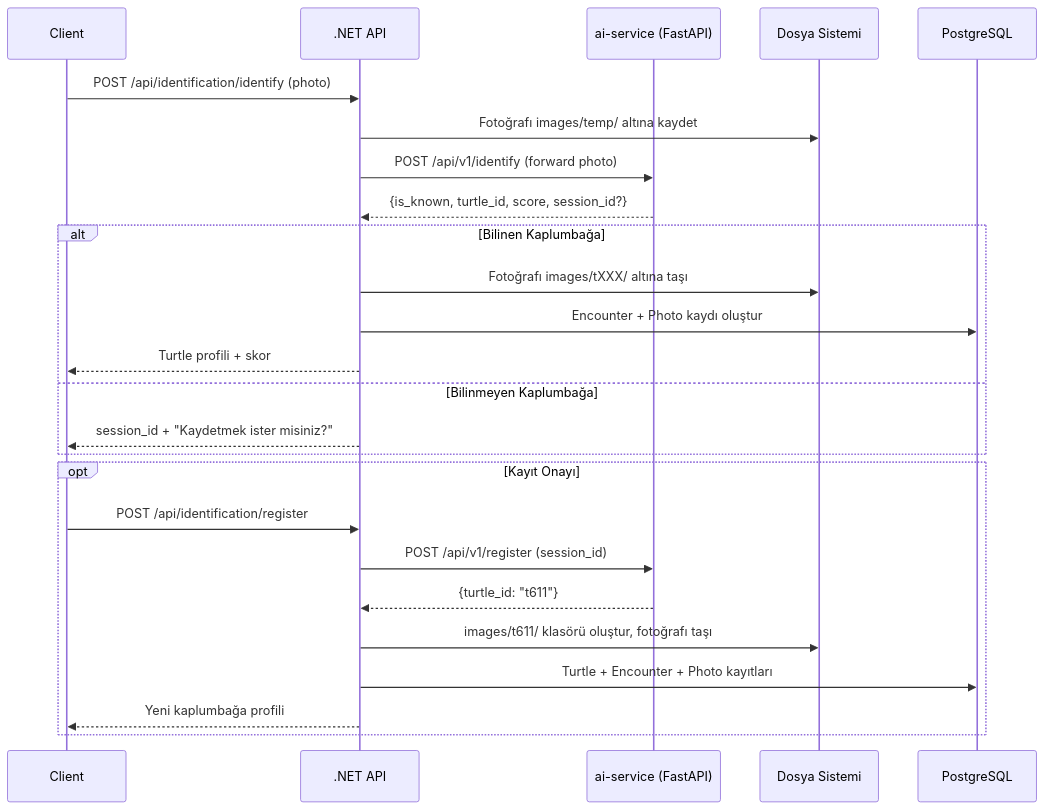
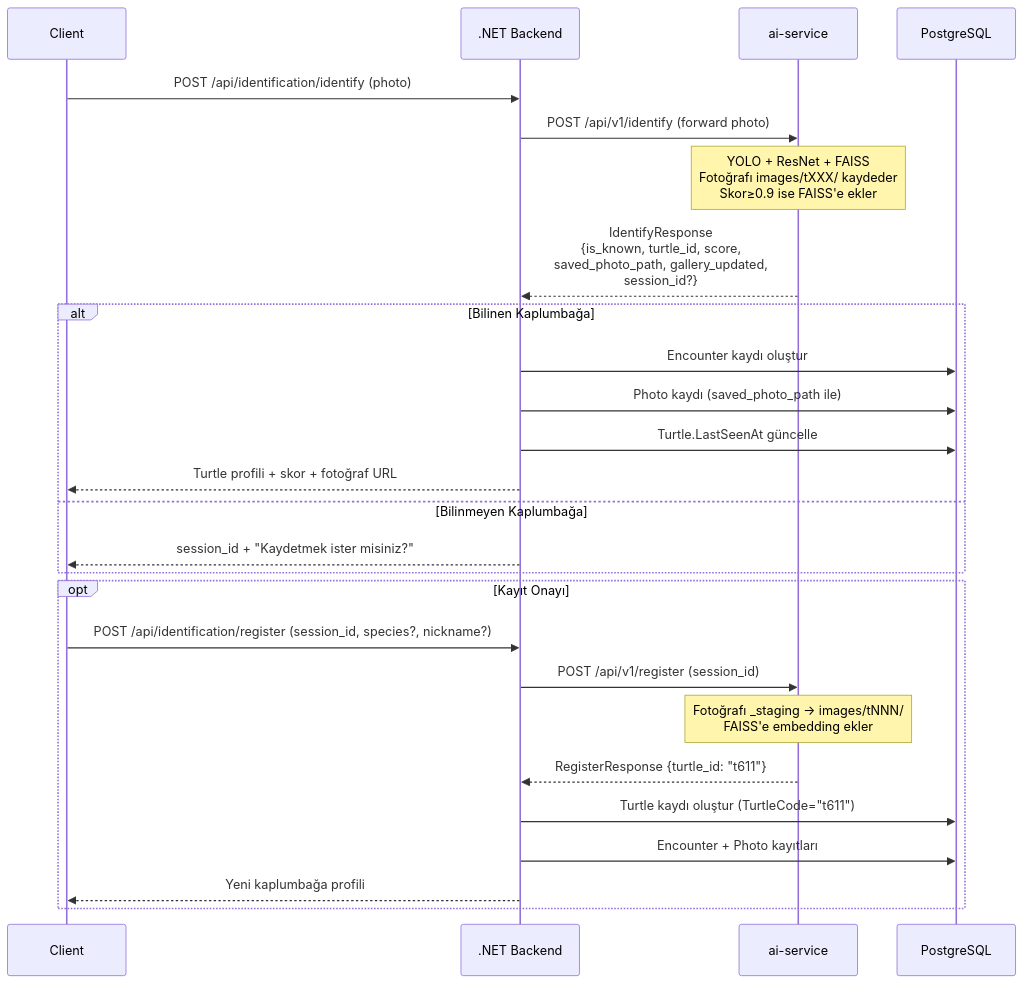
One commit to aeren23/sea-turtle-project changed the third of 3 diagrams in docs/specifications/backend_plan.md. Above: the diagram before and after it, drawn with Mermaid. The commit also changed other lines of this file and 49 other files, not shown here.

````diff
--- a/docs/specifications/backend_plan.md
+++ b/docs/specifications/backend_plan.md
@@ -187,30 +235,35 @@
 ```mermaid
 sequenceDiagram
     participant Client
-    participant NET as .NET API
-    participant AI as ai-service (FastAPI)
-    participant FS as Dosya Sistemi
+    participant NET as .NET Backend
+    participant AI as ai-service
     participant DB as PostgreSQL
 
     Client->>NET: POST /api/identification/identify (photo)
-    NET->>FS: Fotoğrafı images/temp/ altına kaydet
     NET->>AI: POST /api/v1/identify (forward photo)
-    AI-->>NET: {is_known, turtle_id, score, session_id?}
+
+    Note over AI: YOLO + ResNet + FAISS<br/>Fotoğrafı images/tXXX/ kaydeder<br/>Skor≥0.9 ise FAISS'e ekler
+
+    AI-->>NET: IdentifyResponse<br/>{is_known, turtle_id, score,<br/>saved_photo_path, gallery_updated,<br/>session_id?}
 
     alt Bilinen Kaplumbağa
-        NET->>FS: Fotoğrafı images/tXXX/ altına taşı
-        NET->>DB: Encounter + Photo kaydı oluştur
-        NET-->>Client: Turtle profili + skor
+        NET->>DB: Encounter kaydı oluştur
+        NET->>DB: Photo kaydı (saved_photo_path ile)
+        NET->>DB: Turtle.LastSeenAt güncelle
+        NET-->>Client: Turtle profili + skor + fotoğraf URL
     else Bilinmeyen Kaplumbağa
         NET-->>Client: session_id + "Kaydetmek ister misiniz?"
     end
 
     opt Kayıt Onayı
-        Client->>NET: POST /api/identification/register
+        Client->>NET: POST /api/identification/register (session_id, species?, nickname?)
         NET->>AI: POST /api/v1/register (session_id)
-        AI-->>NET: {turtle_id: "t611"}
-        NET->>FS: images/t611/ klasörü oluştur, fotoğrafı taşı
-        NET->>DB: Turtle + Encounter + Photo kayıtları
+
+        Note over AI: Fotoğrafı _staging → images/tNNN/<br/>FAISS'e embedding ekler
+
+        AI-->>NET: RegisterResponse {turtle_id: "t611"}
+        NET->>DB: Turtle kaydı oluştur (TurtleCode="t611")
+        NET->>DB: Encounter + Photo kayıtları
         NET-->>Client: Yeni kaplumbağa profili
     end
 ```
````
